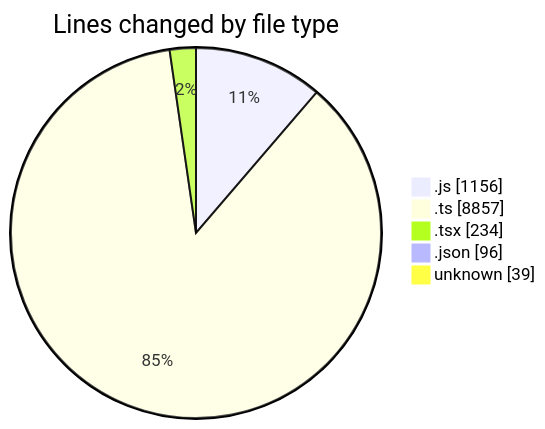
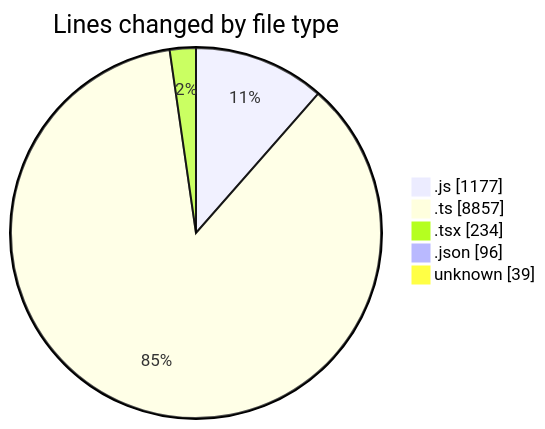
Before and after one commit to momahboobian/code-tracking: the first of 2 diagrams in 2025-05-14/cda/README.md, drawn with Mermaid. The commit also changed other lines of this file and 1 other file, not shown here.

````diff
--- a/2025-05-14/cda/README.md
+++ b/2025-05-14/cda/README.md
@@ -30,9 +30,9 @@
 ```mermaid
 pie showData
 title Lines changed by file type
-".js" : 1156
+".js" : 1177
 ".ts" : 8857
 ".tsx" : 234
 ".json" : 96
 "unknown" : 39
 ```
````
